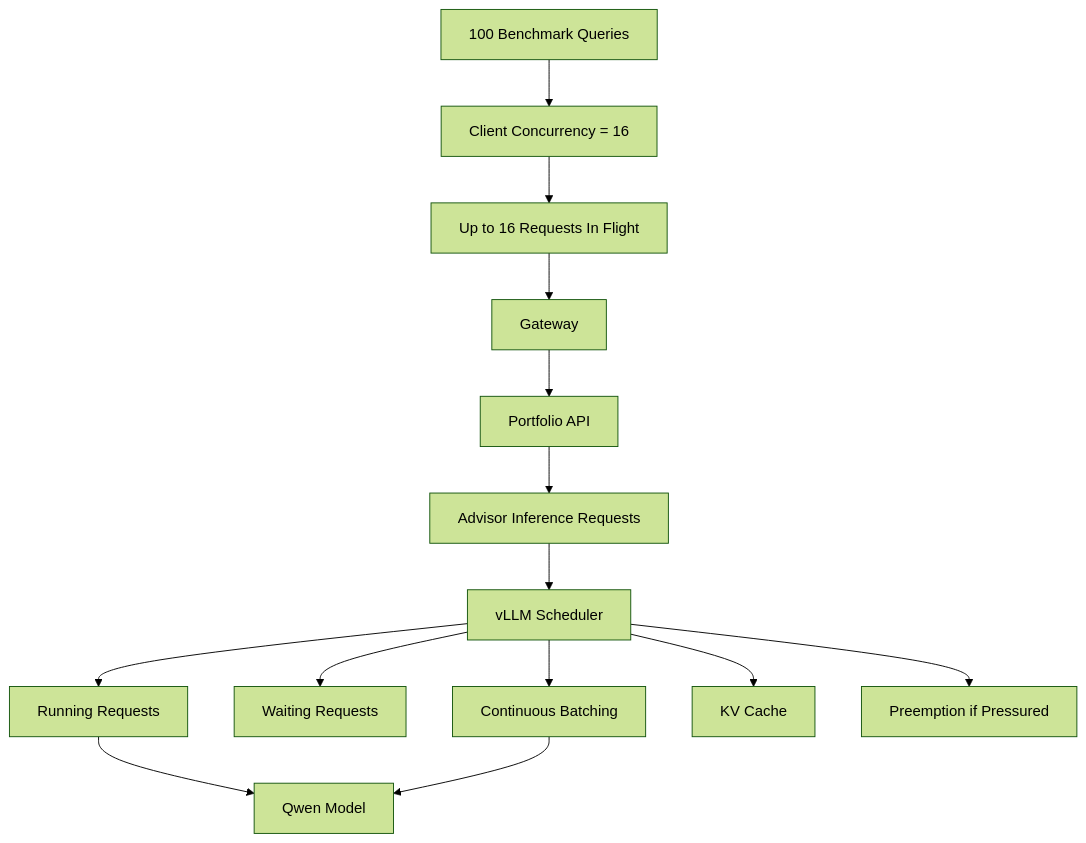
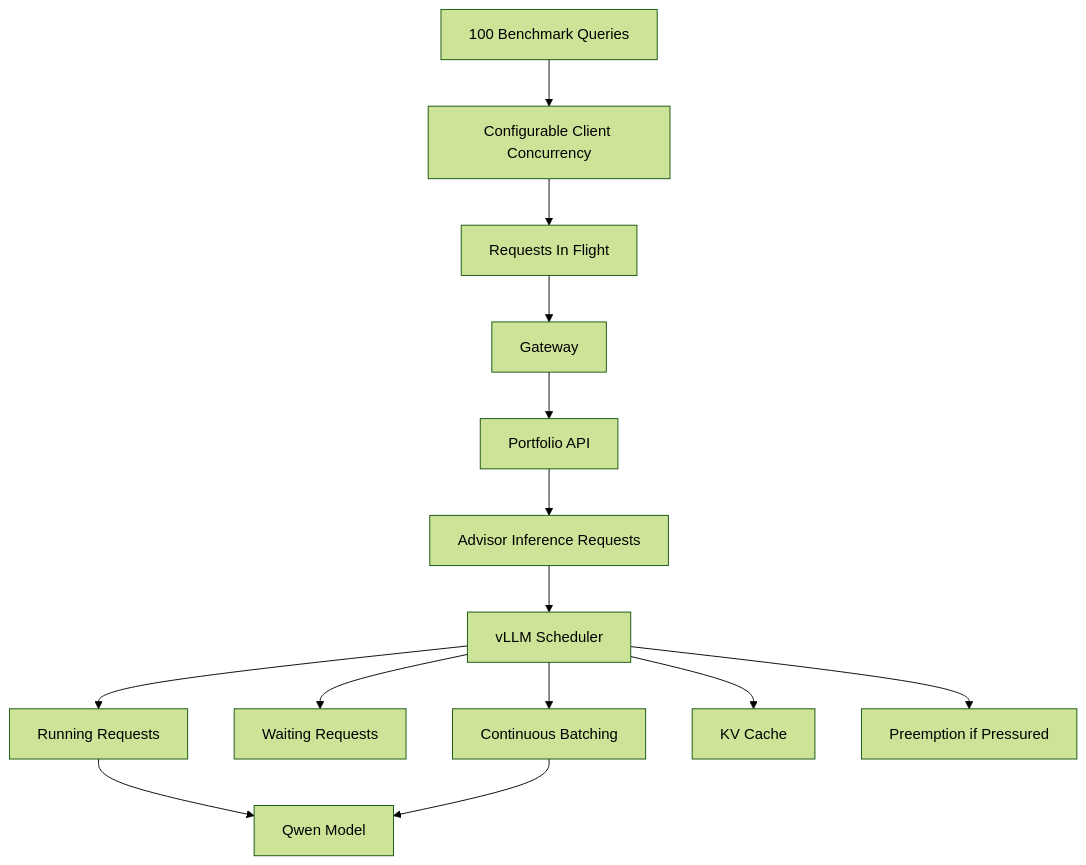
The sixth of 6 diagrams in docs/demo1_diagrams.md (DHRUVSHARM/portfolio-systems-takehome), drawn with Mermaid (forest theme) before and after one commit. The commit also changed other lines of this file and 13 other files, not shown here.

````diff
--- a/docs/demo1_diagrams.md
+++ b/docs/demo1_diagrams.md
@@ -152,16 +152,16 @@
 ```mermaid
 flowchart TD
-    A[100 Benchmark Queries] --> B[Client Concurrency = 16]
-    B --> C[Up to 16 Requests In Flight]
+    A[100 Benchmark Queries] --> B[Configurable Client Concurrency]
+    B --> C[Requests In Flight]
     C --> D[Gateway]
     D --> E[Portfolio API]
     E --> F[Advisor Inference Requests]
     F --> G[vLLM Scheduler]
     G --> H[Running Requests]
     G --> I[Waiting Requests]
     G --> J[Continuous Batching]
     G --> K[KV Cache]
     G --> L[Preemption if Pressured]
     H --> M[Qwen Model]
     J --> M
 ```
````
